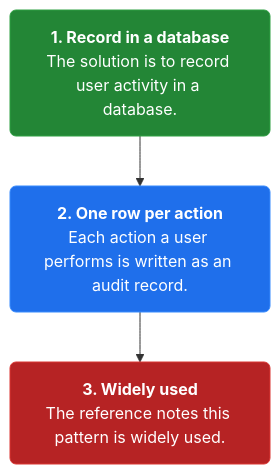
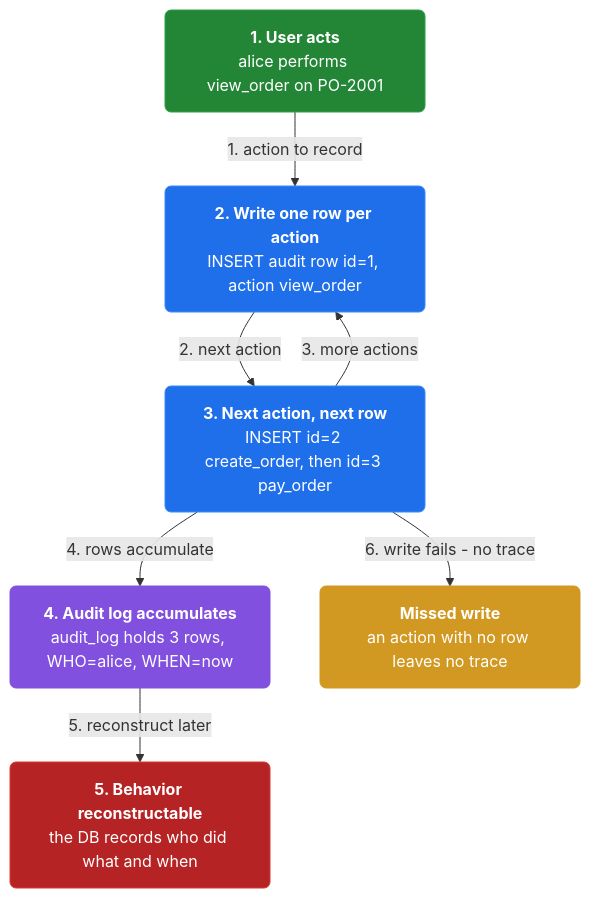
One commit to vinayakuber/microservices-io-study-guide changed the first of 3 diagrams in docs/ch32-audit-logging.md. Above: the diagram before and after it, drawn with Mermaid. The commit also changed other lines of this file and 46 other files, not shown here.

First line of the commit message:
Author rich branching flow diagrams for all 44 chapters

````diff
--- a/docs/ch32-audit-logging.md
+++ b/docs/ch32-audit-logging.md
@@ -13,11 +13,20 @@
 ```mermaid
 flowchart TD
-  classDef step fill:#1f6feb,color:#ffffff,stroke:#388bfd,stroke-width:1px,rx:6
+  classDef step fill:#1f6feb,color:#ffffff,stroke:#388bfd,rx:6
+  classDef core fill:#8250df,color:#ffffff,stroke:#8250df,rx:6
+  classDef warn fill:#d29922,color:#ffffff,stroke:#d29922,rx:6
   classDef start fill:#238636,color:#ffffff,stroke:#2ea043,rx:6
   classDef stop fill:#b62324,color:#ffffff,stroke:#da3633,rx:6
-  s0n0["<b>1. Record in a database</b><br/>The solution is to record user activity in a database."]:::start
-  s0n1["<b>2. One row per action</b><br/>Each action a user performs is written as an audit record."]:::step
-  s0n2["<b>3. Widely used</b><br/>The reference notes this pattern is widely used."]:::stop
-  s0n0 --> s0n1
-  s0n1 --> s0n2
+n0["<b>1. User acts</b><br/>alice performs view_order on PO-2001"]:::start
+  n1["<b>2. Write one row per action</b><br/>INSERT audit row id=1, action view_order"]:::step
+  n2["<b>3. Next action, next row</b><br/>INSERT id=2 create_order, then id=3 pay_order"]:::step
+  n3["<b>4. Audit log accumulates</b><br/>audit_log holds 3 rows, WHO=alice, WHEN=now"]:::core
+  n4["<b>5. Behavior reconstructable</b><br/>the DB records who did what and when"]:::stop
+  n5["<b>Missed write</b><br/>an action with no row leaves no trace"]:::warn
+  n0 -->|"1. action to record"| n1
+  n1 -->|"2. next action"| n2
+  n2 -->|"3. more actions"| n1
+  n2 -->|"4. rows accumulate"| n3
+  n3 -->|"5. reconstruct later"| n4
+  n2 -->|"6. write fails - no trace"| n5
 ```
````
